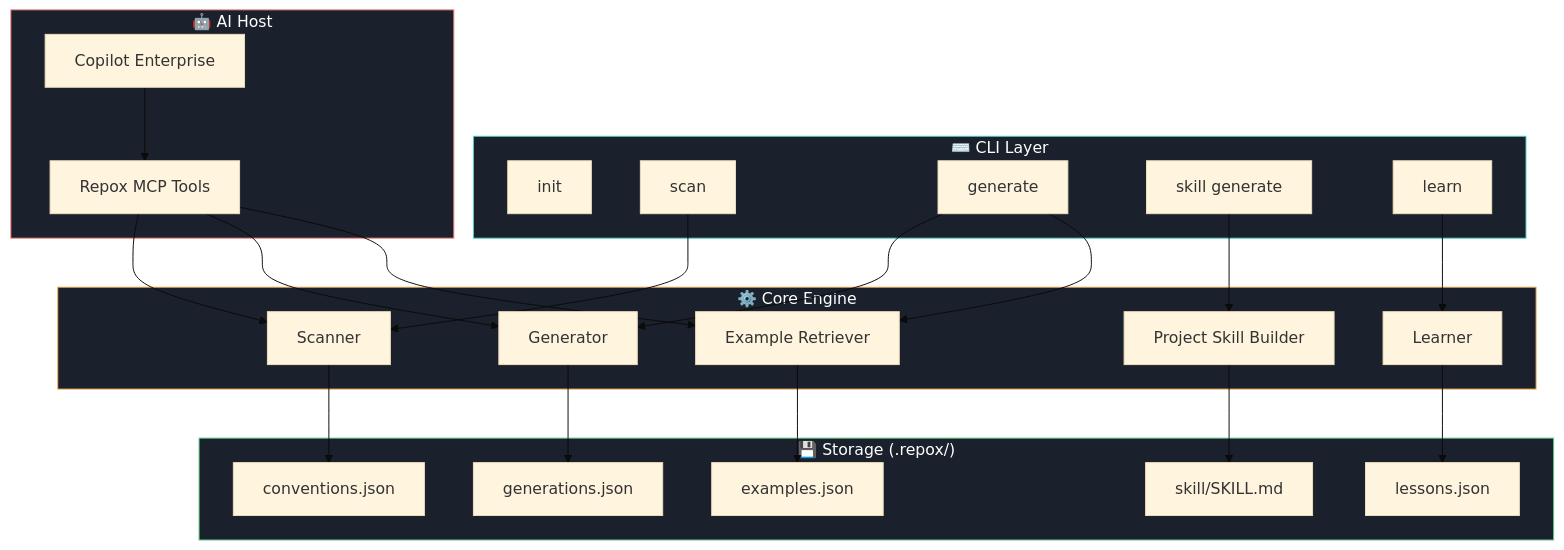
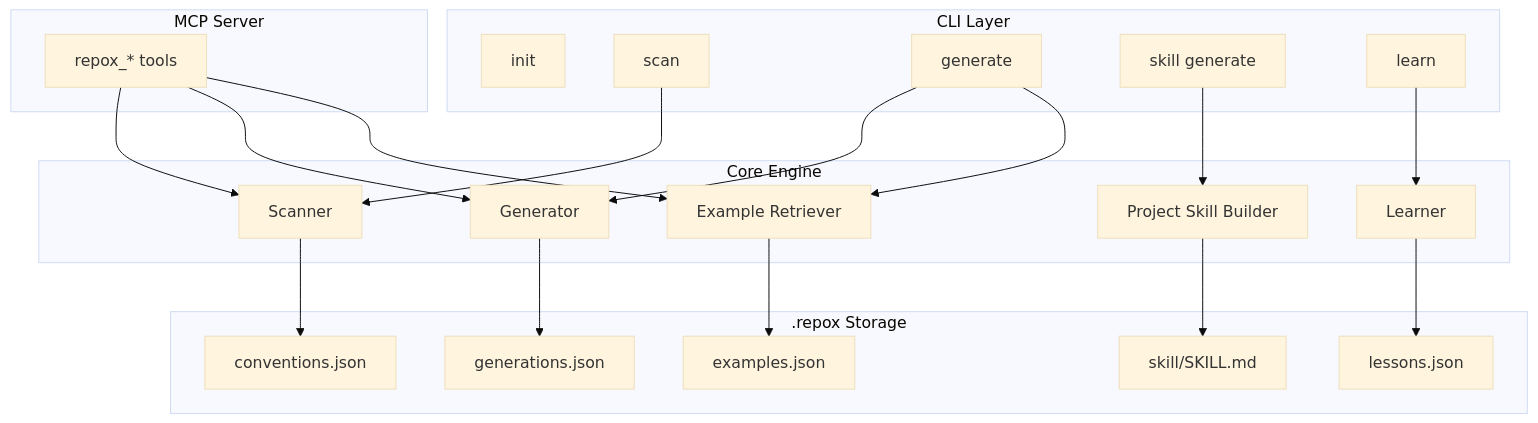
One commit to ChonlakanSutthimatmongkhol/repox changed the second of 2 diagrams in README.md. Above: the diagram before and after it, drawn with Mermaid (base theme). The commit also changed other lines of this file, not shown here.

````diff
--- a/README.md
+++ b/README.md
@@ -216,53 +346,44 @@
 ```mermaid
 graph TB
-    subgraph CLI ["⌨️ CLI Layer"]
+    subgraph CLI["CLI Layer"]
         CMD_INIT["init"]
         CMD_SCAN["scan"]
         CMD_GEN["generate"]
         CMD_SKILL["skill generate"]
         CMD_LEARN["learn"]
     end
 
-    subgraph CORE ["⚙️ Core Engine"]
+    subgraph CORE["Core Engine"]
         SCANNER["Scanner"]
         GENERATOR["Generator"]
         RETRIEVER["Example Retriever"]
         SKILL["Project Skill Builder"]
         LEARNER["Learner"]
     end
 
-    subgraph LOCAL_AI_HOST ["🤖 AI Host"]
-        COPILOT["Copilot Enterprise"]
-        MCP["Repox MCP Tools"]
+    subgraph MCP["MCP Server"]
+        TOOLS["repox_* tools"]
     end
 
-    subgraph STORAGE ["💾 Storage (.repox/)"]
+    subgraph STORAGE[".repox Storage"]
         CONV["conventions.json"]
         EXAMPLES["examples.json"]
         LESSONS["lessons.json"]
         GENS["generations.json"]
         SKILLMD["skill/SKILL.md"]
     end
 
     CMD_SCAN --> SCANNER
     CMD_GEN --> GENERATOR
     CMD_GEN --> RETRIEVER
     CMD_SKILL --> SKILL
     CMD_LEARN --> LEARNER
-
+    TOOLS --> SCANNER
+    TOOLS --> GENERATOR
+    TOOLS --> RETRIEVER
     SCANNER --> CONV
     RETRIEVER --> EXAMPLES
     LEARNER --> LESSONS
     GENERATOR --> GENS
     SKILL --> SKILLMD
-
-    COPILOT --> MCP
-    MCP --> SCANNER
-    MCP --> GENERATOR
-    MCP --> RETRIEVER
-
-    style CLI fill:#1a202c,stroke:#4fd1c5,color:#fff
-    style CORE fill:#1a202c,stroke:#f6ad55,color:#fff
-    style LOCAL_AI_HOST fill:#1a202c,stroke:#fc8181,color:#fff
-    style STORAGE fill:#1a202c,stroke:#68d391,color:#fff
 ```
````
